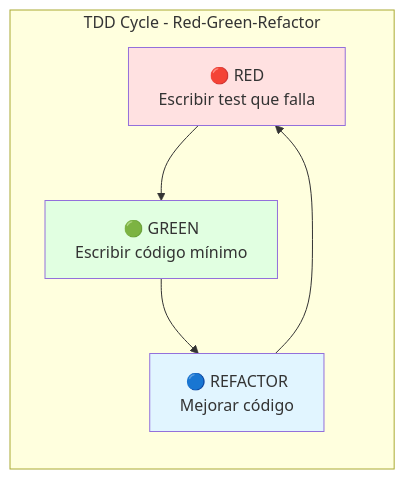
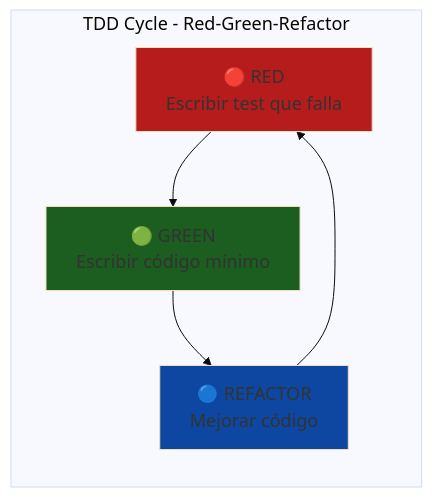
Before and after one commit to Ai-Whisperers/Courses-Content: the sixth of 10 diagrams in courses/🟡-development/FPUNA-2026/01-DESARROLLO-SOFTWARE/03-pruebas-tdd.md, drawn with Mermaid. The commit also changed other lines of this file and 47 other files, not shown here.

First line of the commit message:
fix: Make all 473 diagrams WCAG AAA accessible (FPUNA-2026)

````diff
--- a/courses/🟡-development/FPUNA-2026/01-DESARROLLO-SOFTWARE/03-pruebas-tdd.md
+++ b/courses/🟡-development/FPUNA-2026/01-DESARROLLO-SOFTWARE/03-pruebas-tdd.md
@@ -422,16 +428,17 @@
 ```mermaid
+%%{init: {'theme':'base', 'themeVariables': {'fontSize':'18px'}}}%%
 graph LR
     subgraph "TDD Cycle - Red-Green-Refactor"
         A[🔴 RED<br/>Escribir test que falla]
         B[🟢 GREEN<br/>Escribir código mínimo]
         C[🔵 REFACTOR<br/>Mejorar código]
         
         A --> B
         B --> C
         C --> A
     end
     
-    style A fill:#FFE1E1
-    style B fill:#E1FFE1
-    style C fill:#E1F5FF
+    style A fill:#b71c1c
+    style B fill:#1b5e20
+    style C fill:#0d47a1
 ```
````
